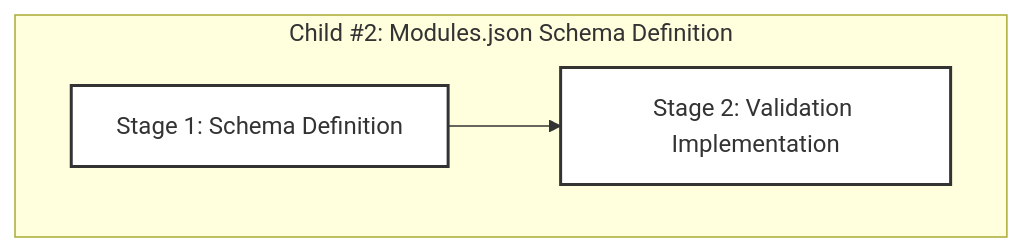
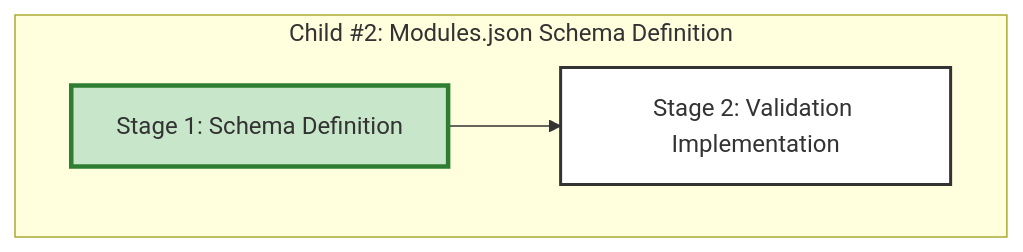
Before and after one commit to info-tech-io/hugo-templates: the diagram in docs/proposals/epic-15-federated-build-system/child-2-modules-json-schema/progress.md, drawn with Mermaid. The commit also changed other lines of this file and 6 other files, not shown here.

First line of the commit message:
feat(schema): implement Stage 1 - JSON Schema definition for modules.json

````diff
--- a/docs/proposals/epic-15-federated-build-system/child-2-modules-json-schema/progress.md
+++ b/docs/proposals/epic-15-federated-build-system/child-2-modules-json-schema/progress.md
@@ -5,12 +5,12 @@
 ```mermaid
 graph TD
     subgraph "Child #2: Modules.json Schema Definition"
         A[Stage 1: Schema Definition] --> B[Stage 2: Validation Implementation];
     end
 
-    style A fill:#fff,stroke:#333,stroke-width:2px
+    style A fill:#c8e6c9,stroke:#2e7d32,stroke-width:3px
     style B fill:#fff,stroke:#333,stroke-width:2px
 
-    click A "001-schema-definition.md" "Stage 1 Plan"
+    click A "001-progress.md" "Stage 1 Complete"
     click B "002-validation-implementation.md" "Stage 2 Plan"
 ```
````
